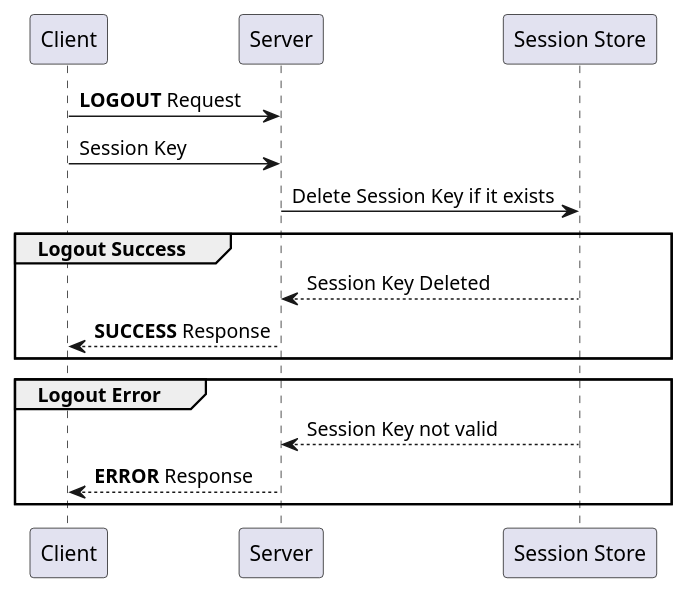
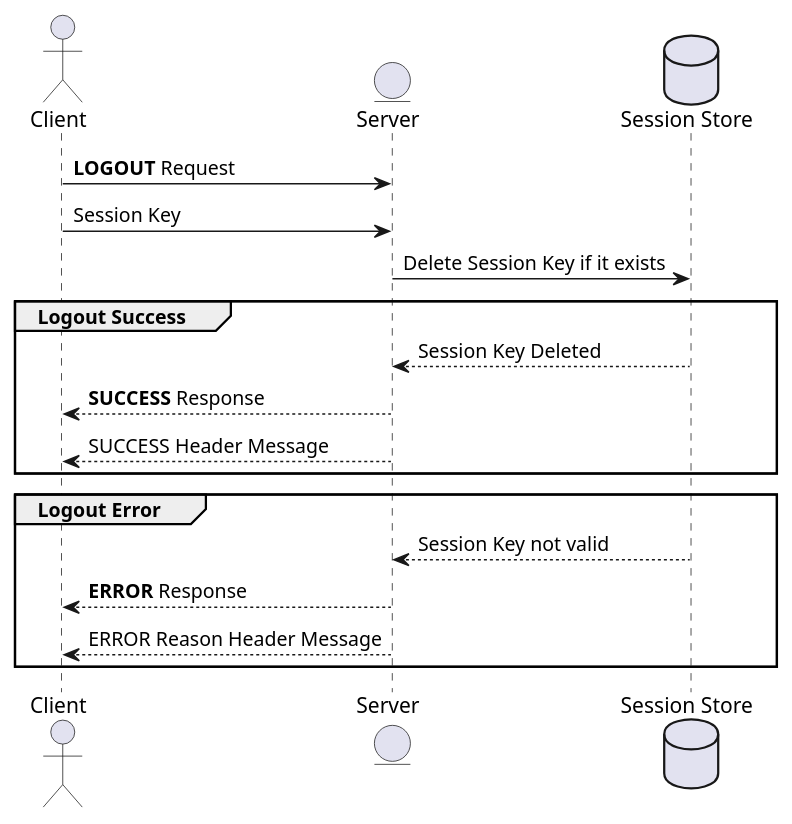
Before and after one commit to mdgriffin/distributed-computing-project: the diagram in diagrams/logout_sequence.puml, drawn with PlantUML. The commit also changed 4 other files, not shown here.

Commit message:
Improved sequence diagrams, added entities

```diff
--- a/diagrams/logout_sequence.puml
+++ b/diagrams/logout_sequence.puml
@@ -1,17 +1,22 @@
 @startuml
+actor Client
+entity Server
+Database "Session Store"
+
 Client -> Server: **LOGOUT** Request
 Client -> Server: Session Key
 
 Server -> "Session Store": Delete Session Key if it exists
 
 group Logout Success
-
     "Session Store" --> Server: Session Key Deleted
     Server --> Client: **SUCCESS** Response
+    Server --> Client: SUCCESS Header Message
 end
 
 group Logout Error
     "Session Store" --> Server: Session Key not valid
     Server --> Client: **ERROR** Response
+    Server --> Client: ERROR Reason Header Message
 end
 @enduml
```
